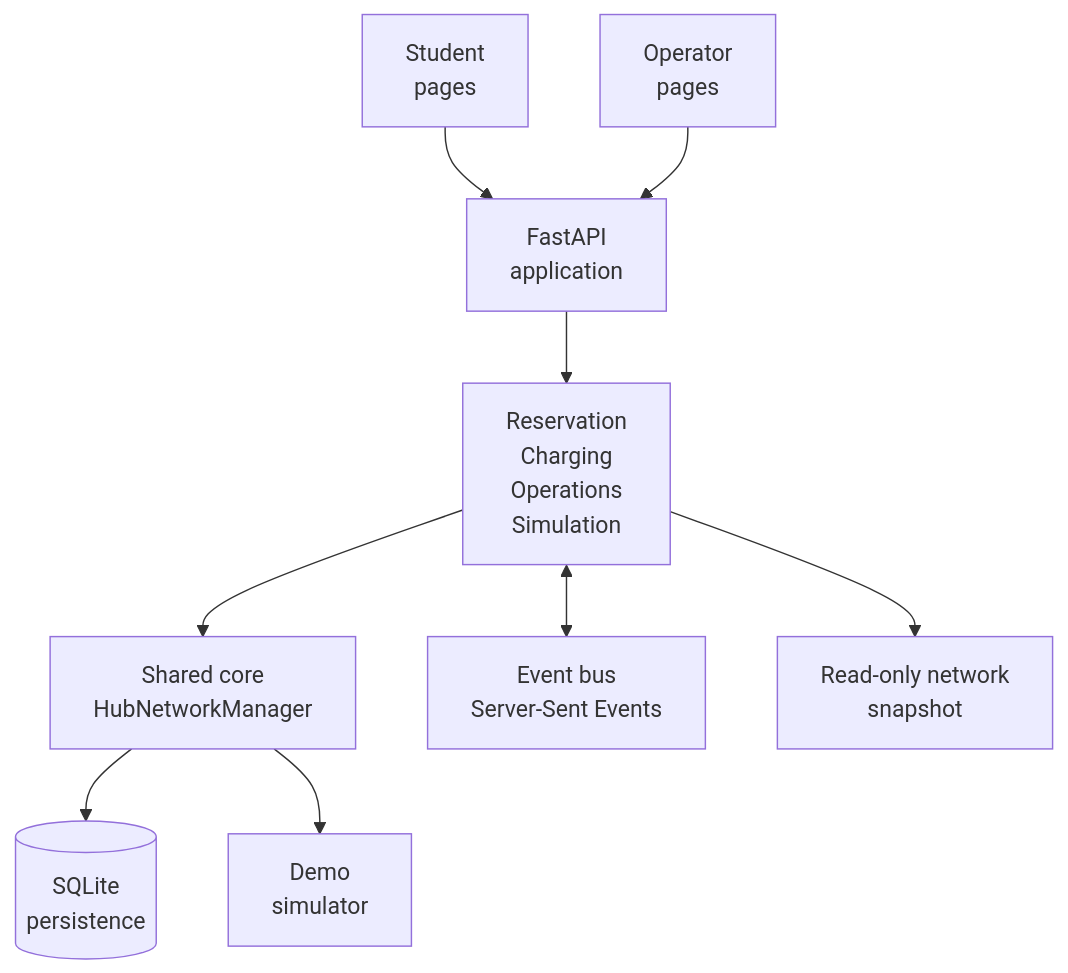
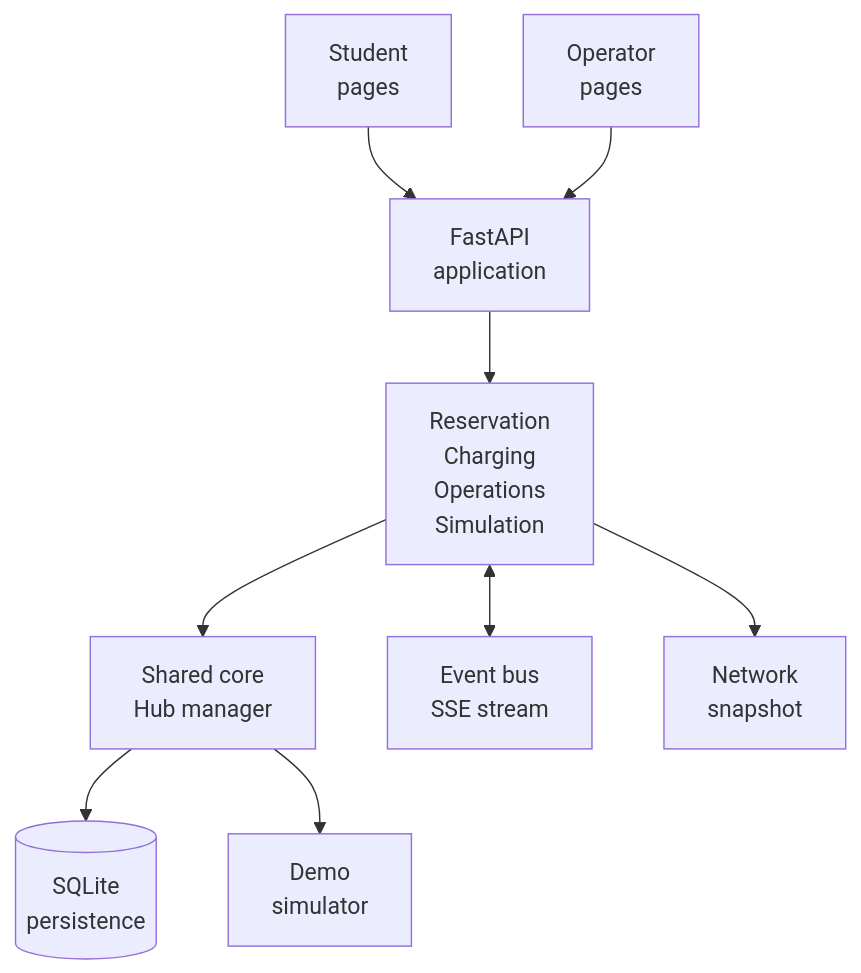
Before and after one commit to Tien30032006/smart-e-mobility-hub: the diagram in README.md, drawn with Mermaid.

Commit message:
docs: shorten architecture diagram labels

````diff
--- a/README.md
+++ b/README.md
@@ -40,11 +40,11 @@
 ```mermaid
 flowchart TD
   Student[Student<br/>pages] --> API[FastAPI<br/>application]
   Operator[Operator<br/>pages] --> API
   API --> Modules[Reservation<br/>Charging<br/>Operations<br/>Simulation]
-  Modules --> Core[Shared core<br/>HubNetworkManager]
-  Modules <--> Bus[Event bus<br/>Server-Sent Events]
+  Modules --> Core[Shared core<br/>Hub manager]
+  Modules <--> Bus[Event bus<br/>SSE stream]
   Core --> SQLite[(SQLite<br/>persistence)]
   Core --> Simulator[Demo<br/>simulator]
-  Modules --> Snapshot[Read-only network<br/>snapshot]
+  Modules --> Snapshot[Network<br/>snapshot]
 ```
````
